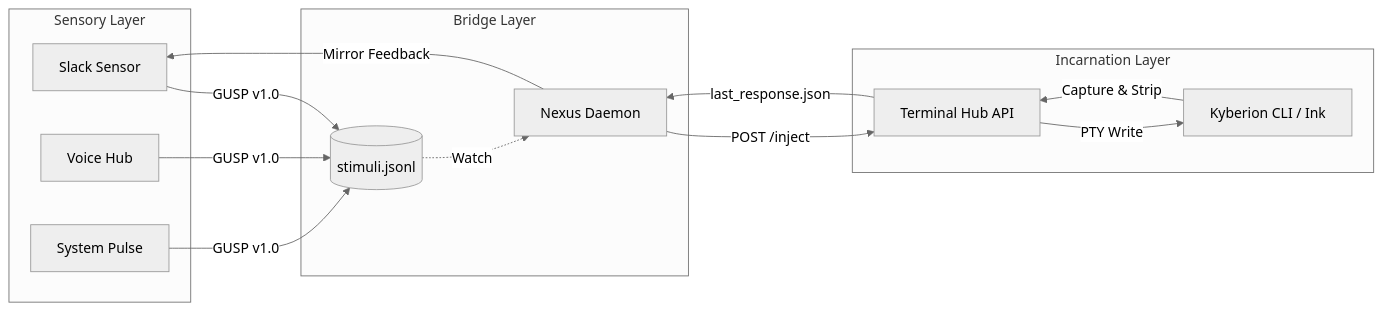
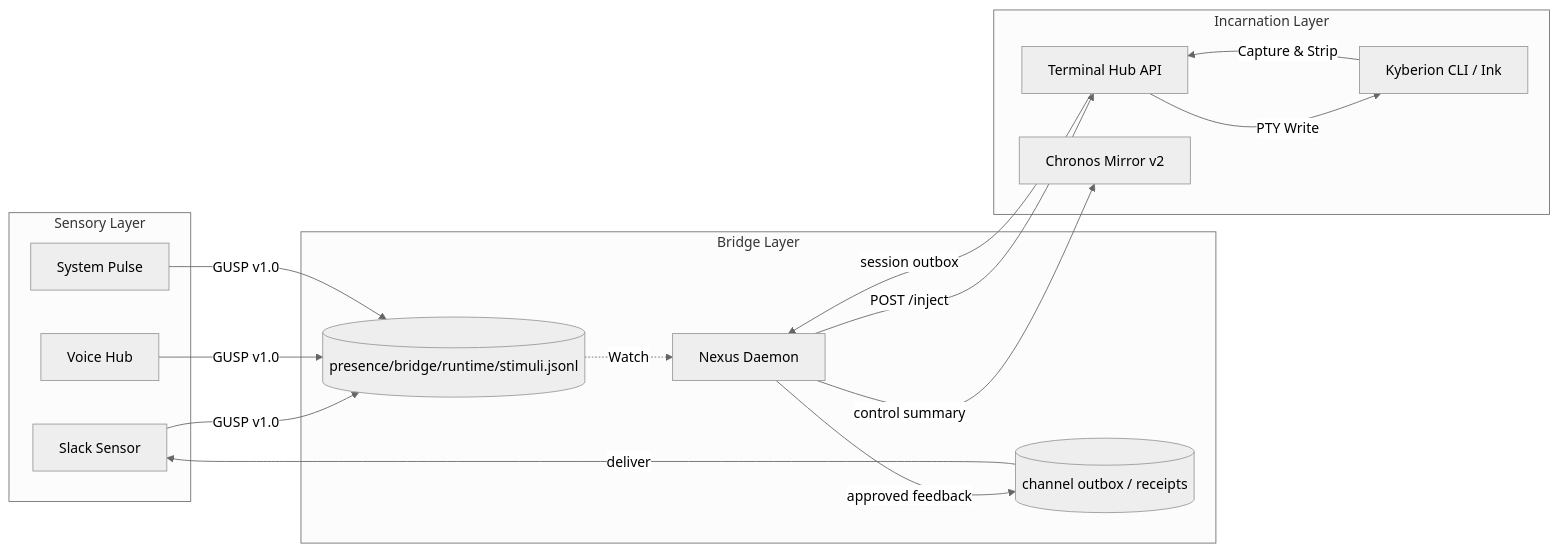
The diagram in knowledge/public/architecture/sensory-bridge-protocol.md (famaoai-creator/kyberion), drawn with Mermaid (neutral theme) before and after one commit. The commit also changed other lines of this file and 35 other files, not shown here.

````diff
--- a/knowledge/public/architecture/sensory-bridge-protocol.md
+++ b/knowledge/public/architecture/sensory-bridge-protocol.md
@@ -18,26 +18,30 @@
 ```mermaid
 graph LR
     subgraph Sensors [Sensory Layer]
         S1[Slack Sensor]
         S2[Voice Hub]
         S3[System Pulse]
     end
 
     subgraph Nerve [Bridge Layer]
-        B1[(stimuli.jsonl)]
+        B1[(presence/bridge/runtime/stimuli.jsonl)]
         B2[Nexus Daemon]
+        B3[(channel outbox / receipts)]
     end
 
     subgraph Hub [Incarnation Layer]
         H1[Terminal Hub API]
         H2[Kyberion CLI / Ink]
+        H3[Chronos Mirror v2]
     end
 
     S1 & S2 & S3 -->|GUSP v1.0| B1
     B1 -.->|Watch| B2
     B2 -->|POST /inject| H1
+    B2 -->|control summary| H3
     H1 -->|PTY Write| H2
     H2 -->|Capture & Strip| H1
-    H1 -->|last_response.json| B2
-    B2 -->|Mirror Feedback| S1
+    H1 -->|session outbox| B2
+    B2 -->|approved feedback| B3
+    B3 -->|deliver| S1
 ```
````
